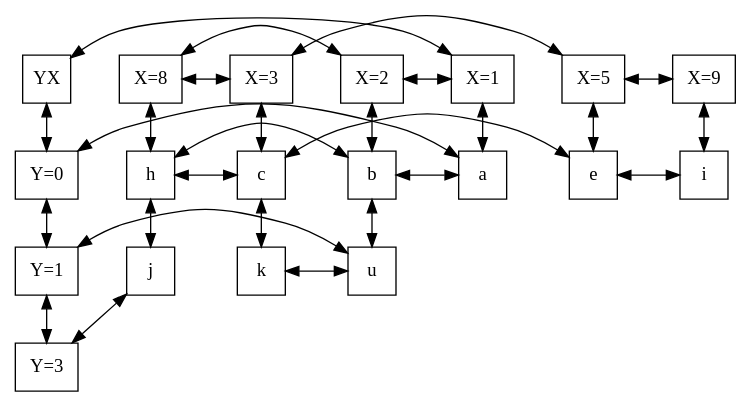
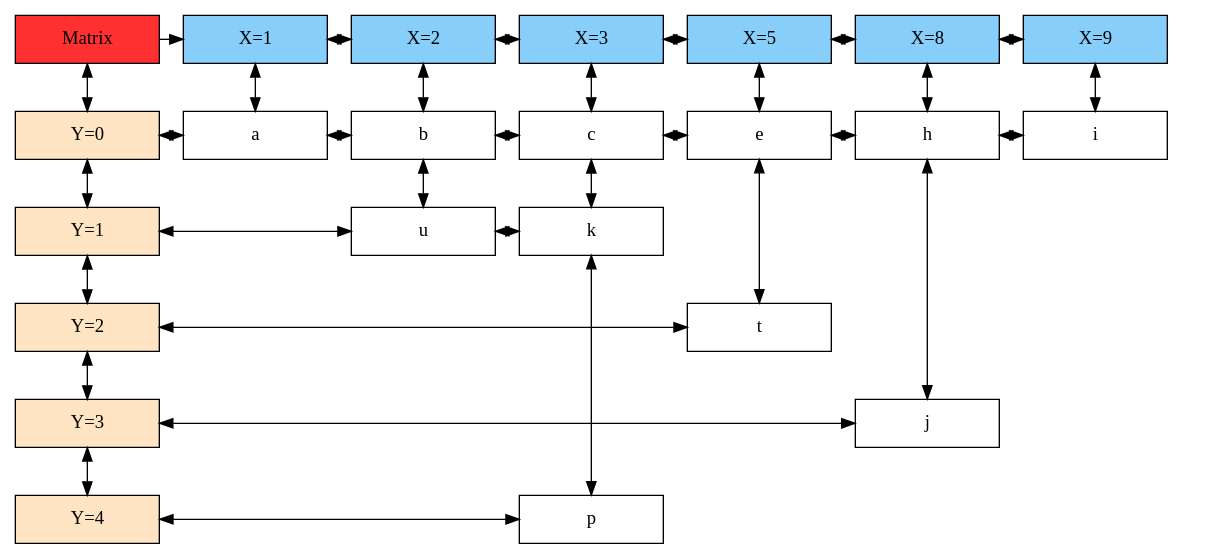
One commit to elJuanjoRamos/EDD_1S2020_PY1_201801262 changed the diagram in EDD_Proyecto1/EDD_Proyecto1/Matrix.dot. Above: the diagram before and after it, drawn with Graphviz. The commit also changed 25 other files, not shown here.

```diff
--- a/EDD_Proyecto1/EDD_Proyecto1/Matrix.dot
+++ b/EDD_Proyecto1/EDD_Proyecto1/Matrix.dot
@@ -1,59 +1,72 @@
-digraph G {rankdir = TB; 
- node [shape=rectangle, height=0.5, width=0.5]; 
- graph[ nodesep = 0.5];
-Nodo0 [label="Y\X"];
-Nodox3 [label = "X=1"];
-Nodox3->Nodox6[constraint=false, dir=both];
-Nodox6 [label = "X=2"];
-Nodox6->Nodox8[constraint=false, dir=both];
-Nodox8 [label = "X=8"];
-Nodox8->Nodox10[constraint=false, dir=both];
-Nodox10 [label = "X=3"];
-Nodox10->Nodox12[constraint=false, dir=both];
-Nodox12 [label = "X=5"];
-Nodox12->Nodox14[constraint=false, dir=both];
-Nodox14 [label = "X=9"];
-Nodoy4 [label = "Y=0"];
-Nodoy4->Nodoy16[dir=both];
-Nodoy16 [label = "Y=1"];
-Nodoy16->Nodoy18[dir=both];
-Nodoy18 [label = "Y=3"];
-Nodox3->Nodoy2[dir=both]
-Nodoy2 [label = "a"];
-Nodox6->Nodoy5[dir=both]
-Nodoy5 [label = "b"];
-Nodoy5->Nodoy15[dir=both];
-Nodoy15 [label = "u"];
-Nodox8->Nodoy7[dir=both]
-Nodoy7 [label = "h"];
-Nodoy7->Nodoy17[dir=both];
-Nodoy17 [label = "j"];
-Nodox10->Nodoy9[dir=both]
-Nodoy9 [label = "c"];
-Nodoy9->Nodoy19[dir=both];
-Nodoy19 [label = "k"];
-Nodox12->Nodoy11[dir=both]
-Nodoy11 [label = "e"];
-Nodox14->Nodoy13[dir=both]
-Nodoy13 [label = "i"];
-Nodoy4->Nodoy2[constraint=false, dir=both]
-Nodoy2 [label = "a"];
-Nodoy2->Nodoy5[constraint=false, dir=both];
-Nodoy5 [label = "b"];
-Nodoy5->Nodoy7[constraint=false, dir=both];
-Nodoy7 [label = "h"];
-Nodoy7->Nodoy9[constraint=false, dir=both];
-Nodoy9 [label = "c"];
-Nodoy9->Nodoy11[constraint=false, dir=both];
-Nodoy11 [label = "e"];
-Nodoy11->Nodoy13[constraint=false, dir=both];
-Nodoy13 [label = "i"];
-Nodoy16->Nodoy15[constraint=false, dir=both]
-Nodoy15 [label = "u"];
-Nodoy15->Nodoy19[constraint=false, dir=both];
-Nodoy19 [label = "k"];
-Nodoy18->Nodoy17[constraint=false, dir=both]
-Nodoy17 [label = "j"];
-Nodo0->Nodox3[constraint=false, dir=both];
-Nodo0->Nodoy4[dir=both];
+digraph Sparce_Matrix { 
+ node [shape=box]
+Mt[ label = "Matrix", width = 1.5, style = filled, fillcolor = firebrick1, group = 1 ];
+e0[ shape = point, width = 0 ];
+e1[shape = point, width = 0];
+Nodox2 [label = "X=1" width = 1.5 style = filled, fillcolor = lightskyblue, group =2];
+Nodox5 [label = "X=2" width = 1.5 style = filled, fillcolor = lightskyblue, group =5];
+Nodox9 [label = "X=3" width = 1.5 style = filled, fillcolor = lightskyblue, group =9];
+Nodox11 [label = "X=5" width = 1.5 style = filled, fillcolor = lightskyblue, group =11];
+Nodox7 [label = "X=8" width = 1.5 style = filled, fillcolor = lightskyblue, group =7];
+Nodox13 [label = "X=9"width = 1.5 style = filled, fillcolor = lightskyblue, group =13];
+Nodoy3->Nodoy4[constraint=false, dir=both];
+Nodoy4->Nodoy6[constraint=false, dir=both];
+Nodoy6->Nodoy10[constraint=false, dir=both];
+Nodoy10->Nodoy12[constraint=false, dir=both];
+Nodoy12->Nodoy8[constraint=false, dir=both];
+Nodoy8->Nodoy14[constraint=false, dir=both];
+Nodoy15->Nodoy16[constraint=false, dir=both];
+Nodoy16->Nodoy19[constraint=false, dir=both];
+Nodoy20->Nodoy21[constraint=false, dir=both];
+Nodoy17->Nodoy18[constraint=false, dir=both];
+Nodoy22->Nodoy23[constraint=false, dir=both];
+Nodoy3 [label = "Y=0" width = 1.5 style = filled, fillcolor = bisque1, group = 1  ];
+Nodoy15 [label = "Y=1" width = 1.5 style = filled, fillcolor = bisque1, group = 1  ];
+Nodoy20 [label = "Y=2" width = 1.5 style = filled, fillcolor = bisque1, group = 1  ];
+Nodoy17 [label = "Y=3" width = 1.5 style = filled, fillcolor = bisque1, group = 1  ];
+Nodoy22 [label = "Y=4"width = 1.5 style = filled, fillcolor = bisque1, group = 1  ];
+Nodox2->Nodoy4[dir=both]
+Nodox5->Nodoy6[dir=both]
+Nodoy6->Nodoy16[dir=both];
+Nodox9->Nodoy10[dir=both]
+Nodoy10->Nodoy19[dir=both];
+Nodoy19->Nodoy23[dir=both];
+Nodox11->Nodoy12[dir=both]
+Nodoy12->Nodoy21[dir=both];
+Nodox7->Nodoy8[dir=both]
+Nodoy8->Nodoy18[dir=both];
+Nodox13->Nodoy14[dir=both]
+Mt->Nodox2;
+Nodox2->Nodox5[dir=both];
+Nodox5->Nodox9[dir=both];
+Nodox9->Nodox11[dir=both];
+Nodox11->Nodox7[dir=both];
+Nodox7->Nodox13[dir=both];
+Mt->Nodoy3[dir=both];
+Nodoy3->Nodoy15[dir=both];
+Nodoy15->Nodoy20[dir=both];
+Nodoy20->Nodoy17[dir=both];
+Nodoy17->Nodoy22[dir=both];
+ { rank = same; Mt; Nodox2; Nodox5; Nodox9; Nodox11; Nodox7; Nodox13}
+Nodoy3[label = "Y=0" width = 1.5, group = 1];
+Nodoy4[label = "a" width = 1.5, group = 2];
+Nodoy6[label = "b" width = 1.5, group = 5];
+Nodoy10[label = "c" width = 1.5, group = 9];
+Nodoy12[label = "e" width = 1.5, group = 11];
+Nodoy8[label = "h" width = 1.5, group = 7];
+Nodoy14[label = "i" width = 1.5, group = 13];
+Nodoy15[label = "Y=1" width = 1.5, group = 1];
+Nodoy16[label = "u" width = 1.5, group = 5];
+Nodoy19[label = "k" width = 1.5, group = 9];
+Nodoy20[label = "Y=2" width = 1.5, group = 1];
+Nodoy21[label = "t" width = 1.5, group = 11];
+Nodoy17[label = "Y=3" width = 1.5, group = 1];
+Nodoy18[label = "j" width = 1.5, group = 7];
+Nodoy22[label = "Y=4" width = 1.5, group = 1];
+Nodoy23[label = "p" width = 1.5, group = 9];
+{rank= same; Nodoy3; Nodoy4; Nodoy6; Nodoy10; Nodoy12; Nodoy8; Nodoy14}
+ {rank=same; Nodoy15; Nodoy16; Nodoy19}
+ {rank=same; Nodoy20; Nodoy21}
+ {rank=same; Nodoy17; Nodoy18}
+ {rank=same; Nodoy22; Nodoy23}
 }
```
